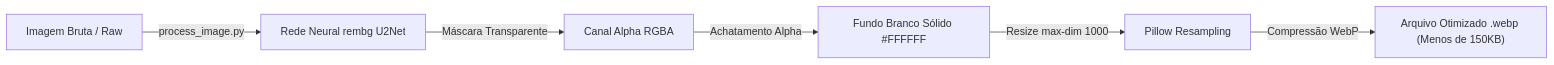
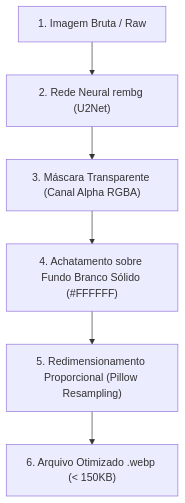
One commit to NaejBarbosa/paletscan-etl changed the first of 2 diagrams in docs/processamento-imagens.md. Above: the diagram before and after it, drawn with Mermaid. The commit also changed other lines of this file and 4 other files, not shown here.

Commit message:
docs: refinamento mobile com diagramas verticais e revisao gramatical PT-BR

````diff
--- a/docs/processamento-imagens.md
+++ b/docs/processamento-imagens.md
@@ -11,8 +11,8 @@
 ```mermaid
-graph LR
-    A["Imagem Bruta / Raw"] -->|process_image.py| B["Rede Neural rembg U2Net"]
-    B -->|Máscara Transparente| C["Canal Alpha RGBA"]
-    C -->|Achatamento Alpha| D["Fundo Branco Sólido #FFFFFF"]
-    D -->|Resize max-dim 1000| E["Pillow Resampling"]
-    E -->|Compressão WebP| F["Arquivo Otimizado .webp (Menos de 150KB)"]
+flowchart TD
+    A["1. Imagem Bruta / Raw"] --> B["2. Rede Neural rembg (U2Net)"]
+    B --> C["3. Máscara Transparente (Canal Alpha RGBA)"]
+    C --> D["4. Achatamento sobre Fundo Branco Sólido (#FFFFFF)"]
+    D --> E["5. Redimensionamento Proporcional (Pillow Resampling)"]
+    E --> F["6. Arquivo Otimizado .webp (< 150KB)"]
 ```
````
